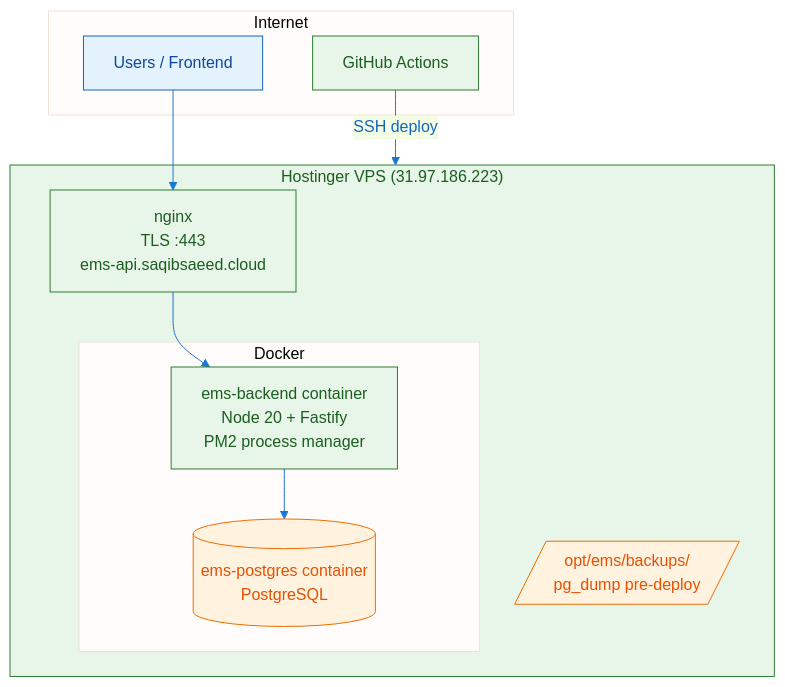
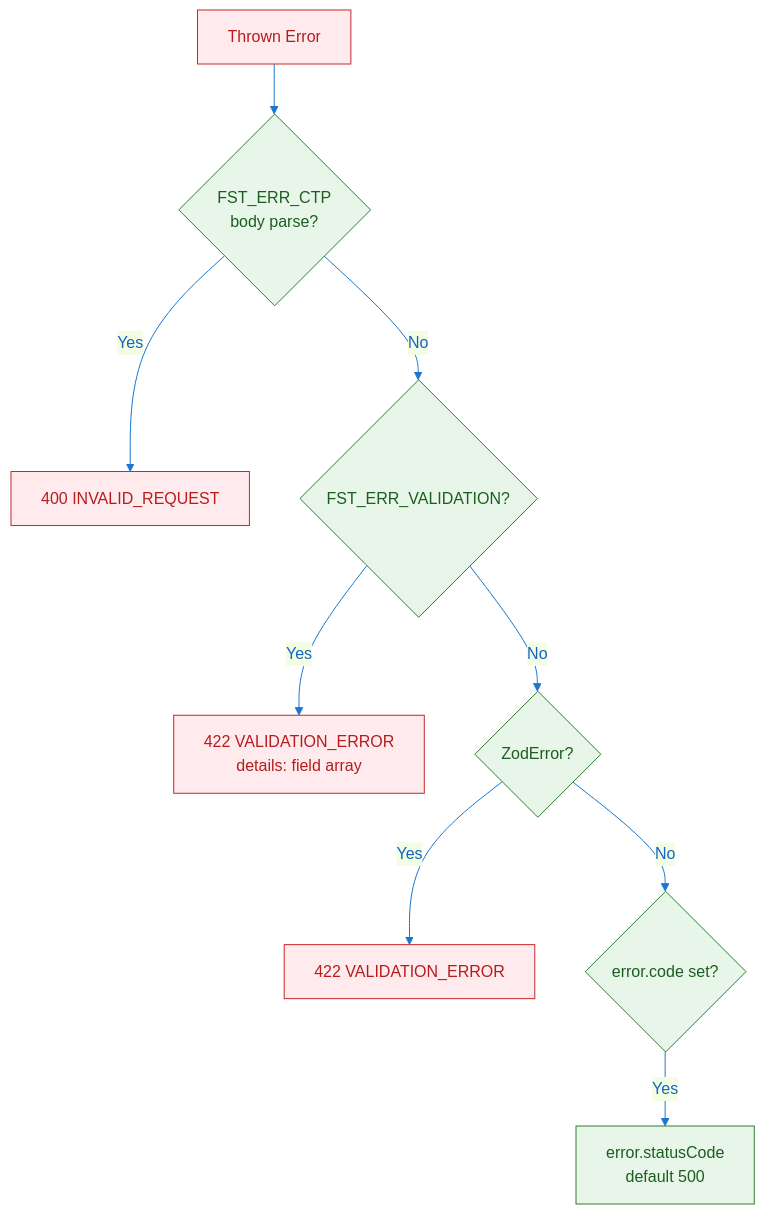
One commit to saeedafri/Employee-management-system changed the diagram in docs/.pdf-assets/diagram-18.mmd. Above: the diagram before and after it, drawn with Mermaid. The commit also changed 114 other files, not shown here.

```diff
--- a/docs/.pdf-assets/diagram-18.mmd
+++ b/docs/.pdf-assets/diagram-18.mmd
@@ -1,28 +1,18 @@
-flowchart TB
+flowchart TD
 %%{init: {'theme': 'base', 'themeVariables': { 'primaryColor': '#e3f2fd', 'primaryTextColor': '#1565c0', 'lineColor': '#1976d2'}}}%%
-subgraph Internet
-        USER[Users / Frontend]
-        GH[GitHub Actions]
-    end
-
-    subgraph VPS["Hostinger VPS (31.97.186.223)"]
-        NGINX[nginx<br/>TLS :443<br/>ems-api.saqibsaeed.cloud]
-        subgraph Docker
-            BE[ems-backend container<br/>Node 20 + Fastify<br/>PM2 process manager]
-            PG[(ems-postgres container<br/>PostgreSQL)]
-        end
-        BACKUP[/opt/ems/backups/<br/>pg_dump pre-deploy/]
-    end
-
-    USER --> NGINX --> BE
-    BE --> PG
-    GH -->|SSH deploy| VPS
+ERR[Thrown Error] --> CTP{FST_ERR_CTP<br/>body parse?}
+    CTP -->|Yes| E400A[400 INVALID_REQUEST]
+    CTP -->|No| AJV{FST_ERR_VALIDATION?}
+    AJV -->|Yes| E422A[422 VALIDATION_ERROR<br/>details: field array]
+    AJV -->|No| ZOD{ZodError?}
+    ZOD -->|Yes| E422B[422 VALIDATION_ERROR]
+    ZOD -->|No| APP{error.code set?}
+    APP -->|Yes| ECUSTOM[error.statusCode<br/>default 500]
 
 classDef client fill:#e3f2fd,stroke:#1565c0,color:#0d47a1
     classDef api fill:#e8f5e9,stroke:#2e7d32,color:#1b5e20
     classDef db fill:#fff3e0,stroke:#ef6c00,color:#e65100
     classDef external fill:#f3e5f5,stroke:#7b1fa2,color:#4a148c
     classDef warn fill:#ffebee,stroke:#c62828,color:#b71c1c
-    class USER client
-    class BE,GH,NGINX,VPS api
-    class BACKUP,PG db
+    class AJV,APP,CTP,ECUSTOM,ZOD api
+    class E400A,E422A,E422B,ERR warn
```
